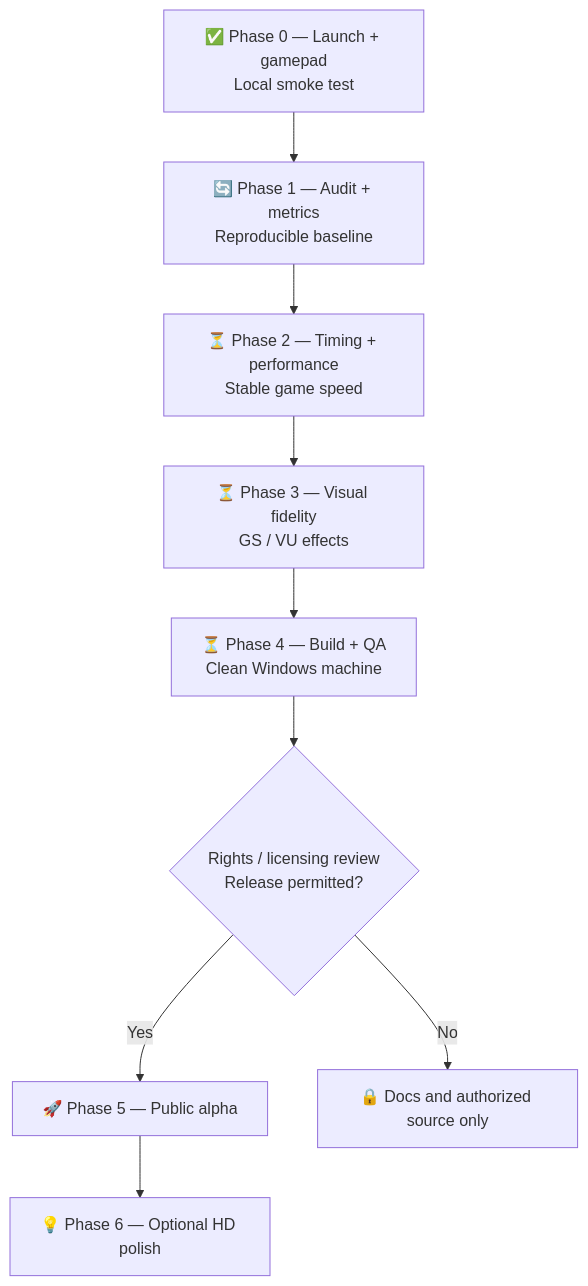
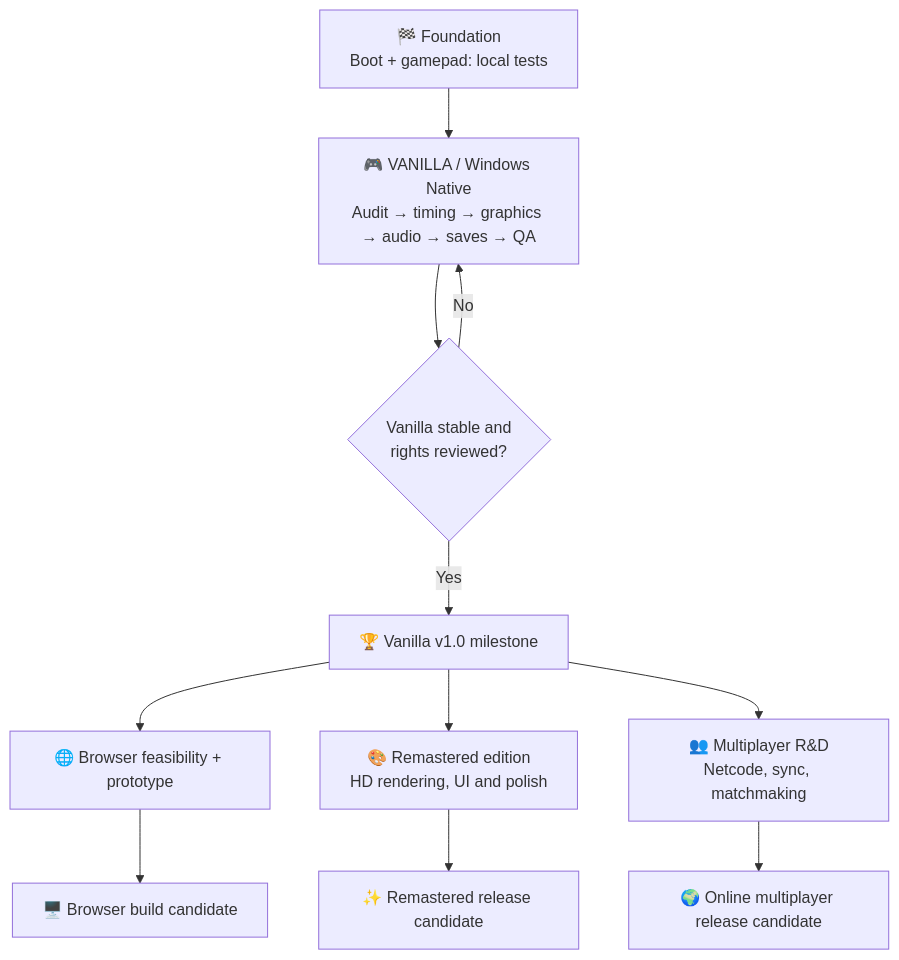
One commit to killeiro/Speed-Racer-Native-Port changed the diagram in ROADMAP.md. Above: the diagram before and after it, drawn with Mermaid. The commit also changed other lines of this file, not shown here.

Commit message:
docs: restructure roadmap into vanilla, remastered, multiplayer and web tracks

````diff
--- a/ROADMAP.md
+++ b/ROADMAP.md
@@ -7,11 +9,13 @@
 ```mermaid
 flowchart TD
-  A["✅ Phase 0 — Launch + gamepad<br/>Local smoke test"] --> B["🔄 Phase 1 — Audit + metrics<br/>Reproducible baseline"]
-  B --> C["⏳ Phase 2 — Timing + performance<br/>Stable game speed"]
-  C --> D["⏳ Phase 3 — Visual fidelity<br/>GS / VU effects"]
-  D --> E["⏳ Phase 4 — Build + QA<br/>Clean Windows machine"]
-  E --> F{"Rights / licensing review<br/>Release permitted?"}
-  F -->|Yes| G["🚀 Phase 5 — Public alpha"]
-  F -->|No| H["🔒 Docs and authorized source only"]
-  G --> I["💡 Phase 6 — Optional HD polish"]
+  A["🏁 Foundation<br/>Boot + gamepad: local tests"] --> B["🎮 VANILLA / Windows Native<br/>Audit → timing → graphics → audio → saves → QA"]
+  B --> C{"Vanilla stable and<br/>rights reviewed?"}
+  C -->|No| B
+  C -->|Yes| D["🏆 Vanilla v1.0 milestone"]
+  D --> E["🌐 Browser feasibility + prototype"]
+  D --> F["🎨 Remastered edition<br/>HD rendering, UI and polish"]
+  D --> G["👥 Multiplayer R&D<br/>Netcode, sync, matchmaking"]
+  F --> H["✨ Remastered release candidate"]
+  G --> I["🌍 Online multiplayer release candidate"]
+  E --> J["🖥️ Browser build candidate"]
 ```
````
